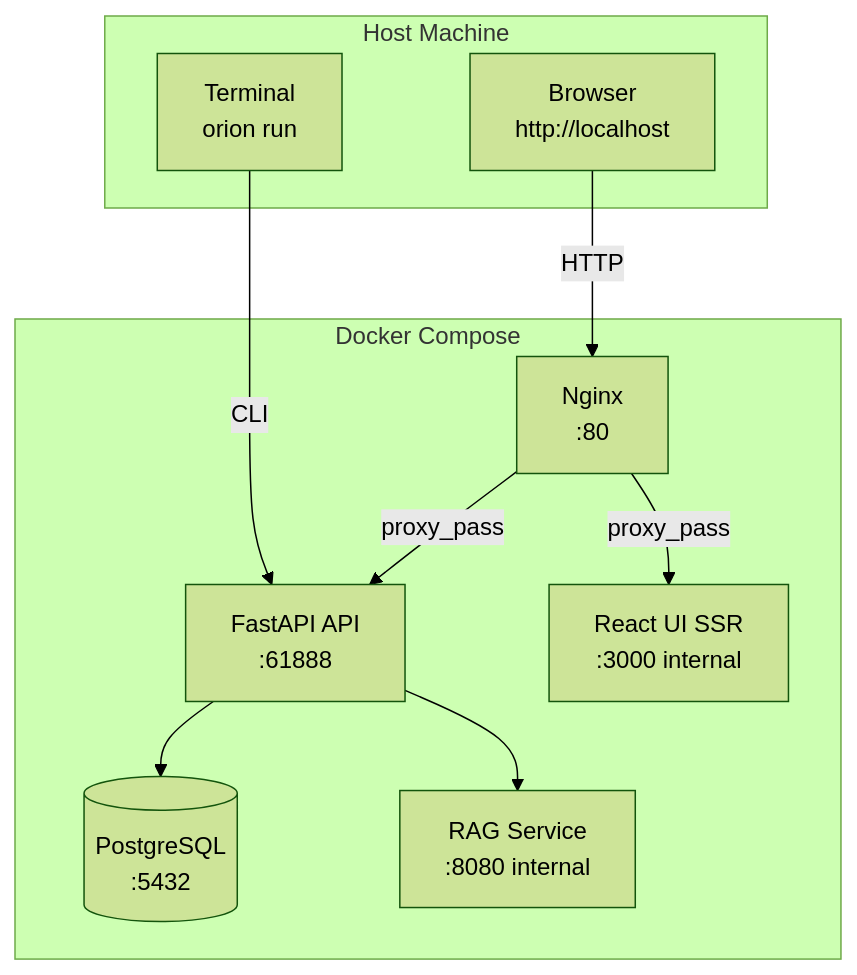
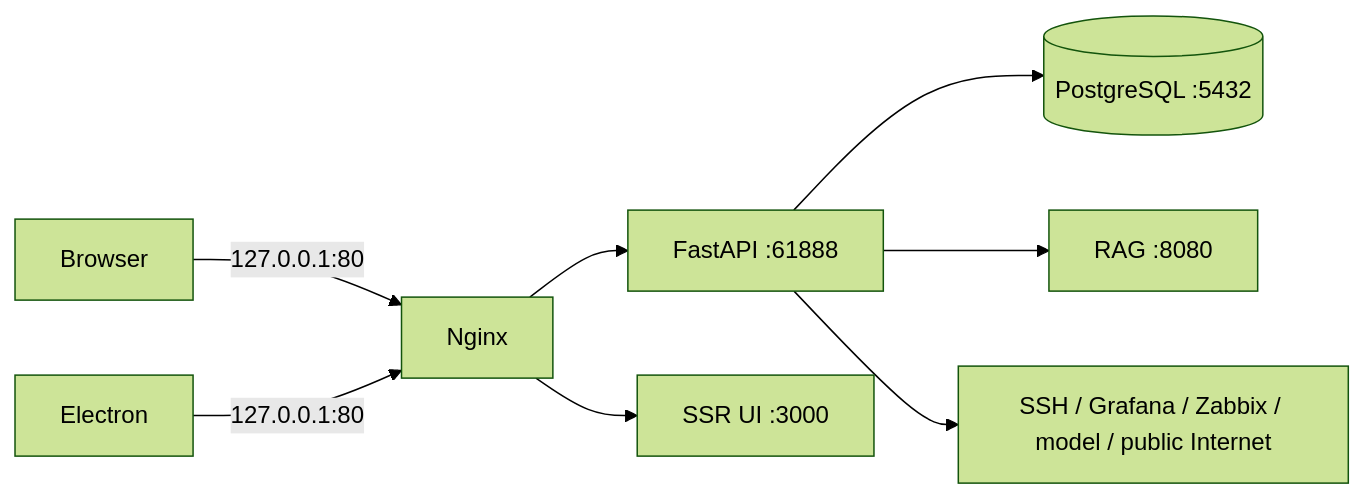
Before and after one commit to phamhuubinh/infrastructure-agent: the fourth of 5 diagrams in docs/architecture/diagrams.md, drawn with Mermaid (forest theme). The commit also changed other lines of this file and 42 other files, not shown here.

````diff
--- a/docs/architecture/diagrams.md
+++ b/docs/architecture/diagrams.md
@@ -163,22 +80,10 @@
 ```mermaid
-graph TB
-    subgraph "Host Machine"
-        Browser[Browser<br/>http://localhost]
-        Terminal[Terminal<br/>orion run]
-    end
-
-    subgraph "Docker Compose"
-        Nginx[Nginx<br/>:80]
-        API2[FastAPI API<br/>:61888]
-        UI2[React UI SSR<br/>:3000 internal]
-        DB2[(PostgreSQL<br/>:5432)]
-        RAG3[RAG Service<br/>:8080 internal]
-    end
-
-    Browser -->|HTTP| Nginx
-    Nginx -->|proxy_pass| API2
-    Nginx -->|proxy_pass| UI2
-    Terminal -->|CLI| API2
-    API2 --> DB2
-    API2 --> RAG3
+flowchart LR
+    B[Browser] -->|127.0.0.1:80| N[Nginx]
+    D[Electron] -->|127.0.0.1:80| N
+    N --> API[FastAPI :61888]
+    N --> UI[SSR UI :3000]
+    API --> PG[(PostgreSQL :5432)]
+    API --> RAG[RAG :8080]
+    API --> EXT[SSH / Grafana / Zabbix / model / public Internet]
 ```
````
